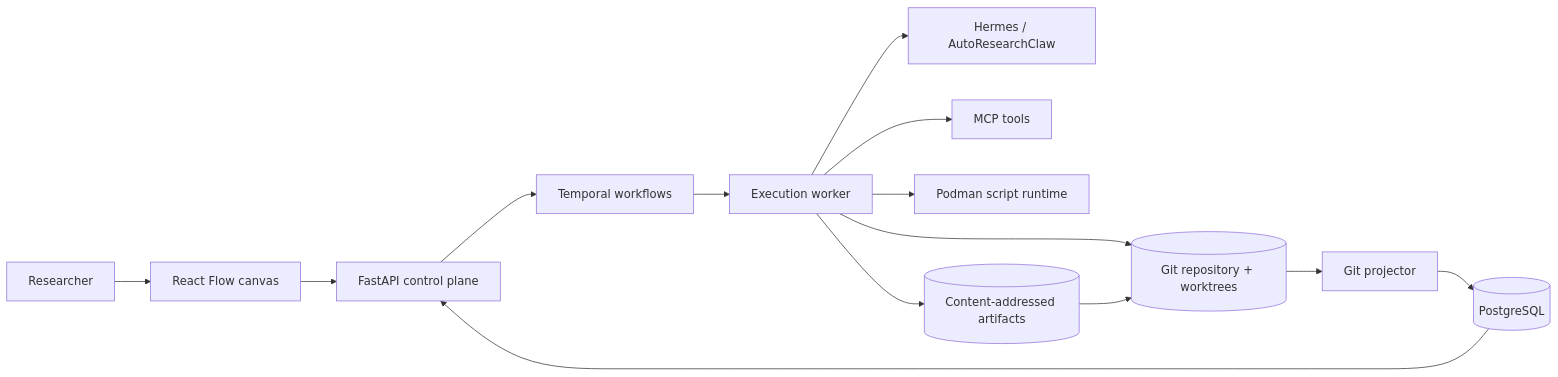
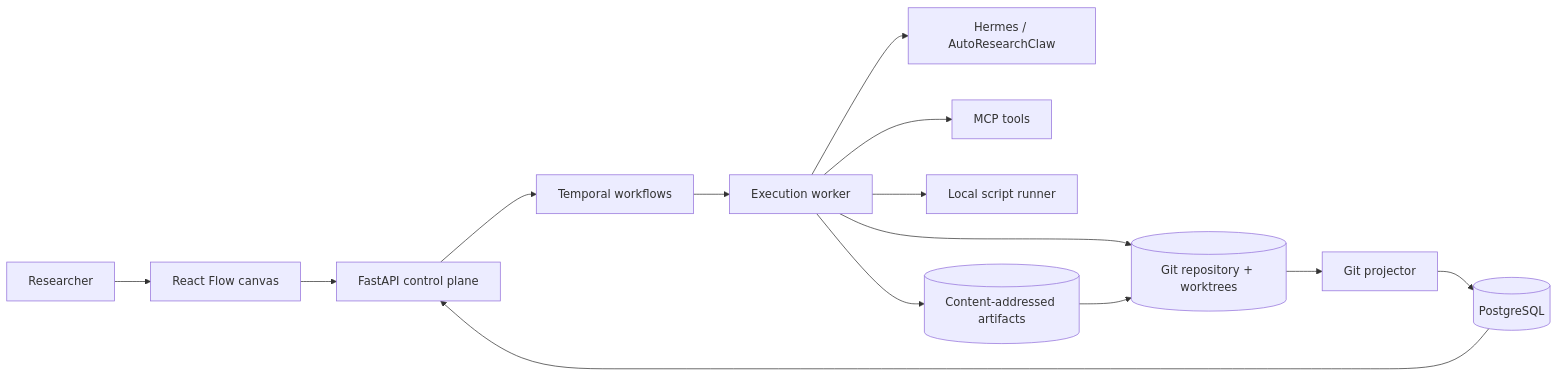
Before and after one commit to Kedar-V/AutoResearch: the diagram in docs/HIGH_LEVEL_DESIGN.md, drawn with Mermaid. The commit also changed other lines of this file and 2 other files, not shown here.

Commit message:
docs: defer Podman to execution hardening

````diff
--- a/docs/HIGH_LEVEL_DESIGN.md
+++ b/docs/HIGH_LEVEL_DESIGN.md
@@ -39,16 +39,16 @@
 ```mermaid
 flowchart LR
     User[Researcher] --> UI[React Flow canvas]
     UI --> API[FastAPI control plane]
     API --> Temporal[Temporal workflows]
     Temporal --> Worker[Execution worker]
     Worker --> Hermes[Hermes / AutoResearchClaw]
     Worker --> MCP[MCP tools]
-    Worker --> Runtime[Podman script runtime]
+    Worker --> Runtime[Local script runner]
     Worker --> Git[(Git repository + worktrees)]
     Git --> Projector[Git projector]
     Projector --> SQL[(PostgreSQL)]
     SQL --> API
     Worker --> Artifacts[(Content-addressed artifacts)]
     Artifacts --> Git
 ```
````
